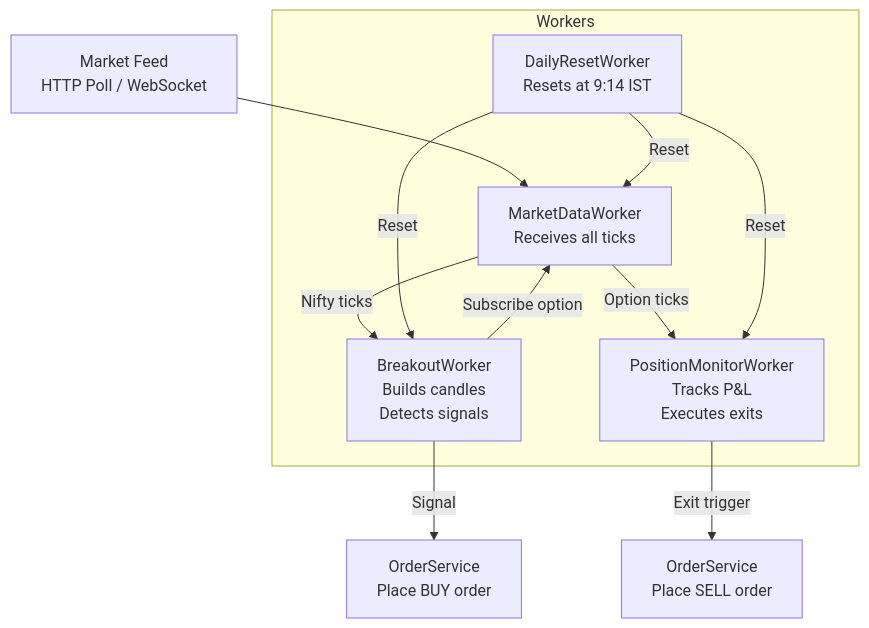
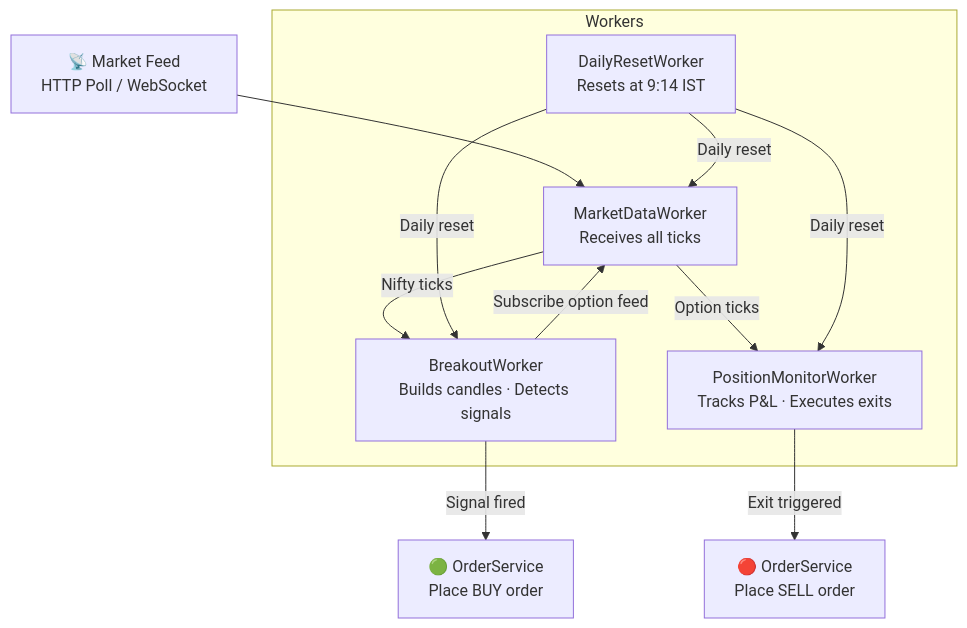
One commit to vamshikrishna4992/New-Auto_Algo changed the fourth of 4 diagrams in README.md. Above: the diagram before and after it, drawn with Mermaid. The commit also changed other lines of this file, not shown here.

````diff
--- a/README.md
+++ b/README.md
@@ -103,18 +125,18 @@
 ```mermaid
 flowchart TD
-    Feed[Market Feed\nHTTP Poll / WebSocket] --> MDW
+    Feed[📡 Market Feed\nHTTP Poll / WebSocket] --> MDW
 
     subgraph Workers
         MDW[MarketDataWorker\nReceives all ticks]
-        BW[BreakoutWorker\nBuilds candles\nDetects signals]
-        PMW[PositionMonitorWorker\nTracks P&L\nExecutes exits]
+        BW[BreakoutWorker\nBuilds candles · Detects signals]
+        PMW[PositionMonitorWorker\nTracks P&L · Executes exits]
         DRW[DailyResetWorker\nResets at 9:14 IST]
     end
 
     MDW -->|Nifty ticks| BW
     MDW -->|Option ticks| PMW
-    BW -->|Signal| OS[OrderService\nPlace BUY order]
-    PMW -->|Exit trigger| OS2[OrderService\nPlace SELL order]
-    BW -->|Subscribe option| MDW
-    DRW -->|Reset| MDW & BW & PMW
+    BW -->|Signal fired| OS[🟢 OrderService\nPlace BUY order]
+    PMW -->|Exit triggered| OS2[🔴 OrderService\nPlace SELL order]
+    BW -->|Subscribe option feed| MDW
+    DRW -->|Daily reset| MDW & BW & PMW
 ```
````
